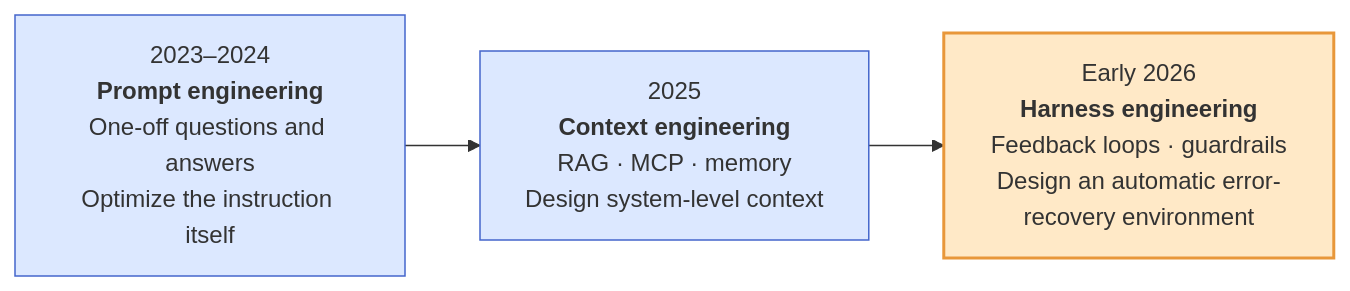
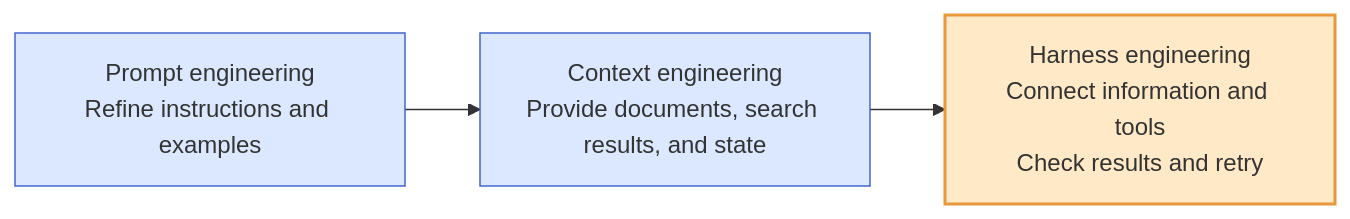
Before and after one commit to haandol/haandol.github.com: the ninth of 9 diagrams in _en/2026-03-15-harness-engineering-beyond-context-engineering.md, drawn with Mermaid. The commit also changed other lines of this file and 36 other files, not shown here.

````diff
--- a/_en/2026-03-15-harness-engineering-beyond-context-engineering.md
+++ b/_en/2026-03-15-harness-engineering-beyond-context-engineering.md
@@ -329,10 +323,10 @@
 ```mermaid
 flowchart LR
-    P["2023–2024<br/><b>Prompt engineering</b><br/>One-off questions and answers<br/>Optimize the instruction itself"]
-    P --> C["2025<br/><b>Context engineering</b><br/>RAG · MCP · memory<br/>Design system-level context"]
-    C --> H["Early 2026<br/><b>Harness engineering</b><br/>Feedback loops · guardrails<br/>Design an automatic error-recovery environment"]
+    P["Prompt engineering<br/>Refine instructions and examples"]
+    P --> C["Context engineering<br/>Provide documents, search results, and state"]
+    C --> H["Harness engineering<br/>Connect information and tools<br/>Check results and retry"]
     classDef era fill:#dce8ff,stroke:#46c;
     classDef latest fill:#ffe9c7,stroke:#e8973a,stroke-width:2px;
     class P,C era;
     class H latest;
 ```
````
